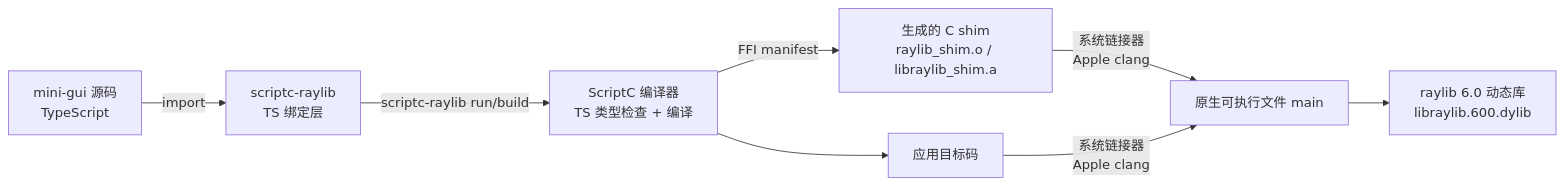
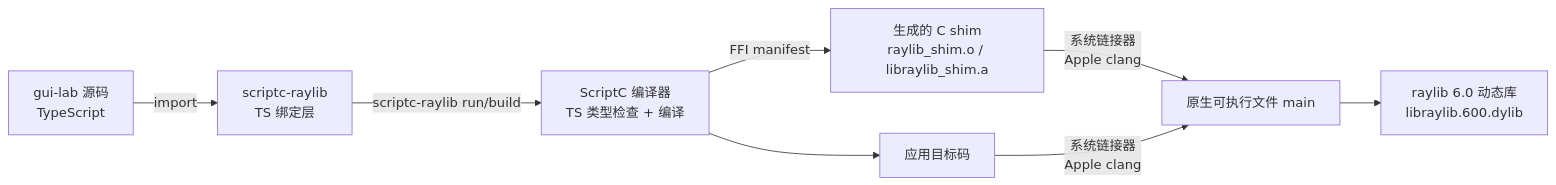
The diagram in gui/docs/01-第一阶段/05-ScriptC工具链.md (yidafu/tech-learning), drawn with Mermaid before and after one commit. The commit also changed other lines of this file and 98 other files, not shown here.

First line of the commit message:
全站实验项目去 mini 前缀：正文/注释/图谱/锁文件的旧名引用收尾（99 文件 612 行）

````diff
--- a/gui/docs/01-第一阶段/05-ScriptC工具链.md
+++ b/gui/docs/01-第一阶段/05-ScriptC工具链.md
@@ -8,9 +8,9 @@
 ```mermaid
 graph LR
-  A[mini-gui 源码<br/>TypeScript] -->|import| B[scriptc-raylib<br/>TS 绑定层]
+  A[gui-lab 源码<br/>TypeScript] -->|import| B[scriptc-raylib<br/>TS 绑定层]
   B -->|scriptc-raylib run/build| C[ScriptC 编译器<br/>TS 类型检查 + 编译]
   C -->|FFI manifest| D[生成的 C shim<br/>raylib_shim.o / libraylib_shim.a]
   C --> E[应用目标码]
   D & E -->|系统链接器<br/>Apple clang| F[原生可执行文件 main]
   F --> G[raylib 6.0 动态库<br/>libraylib.600.dylib]
 ```
````
